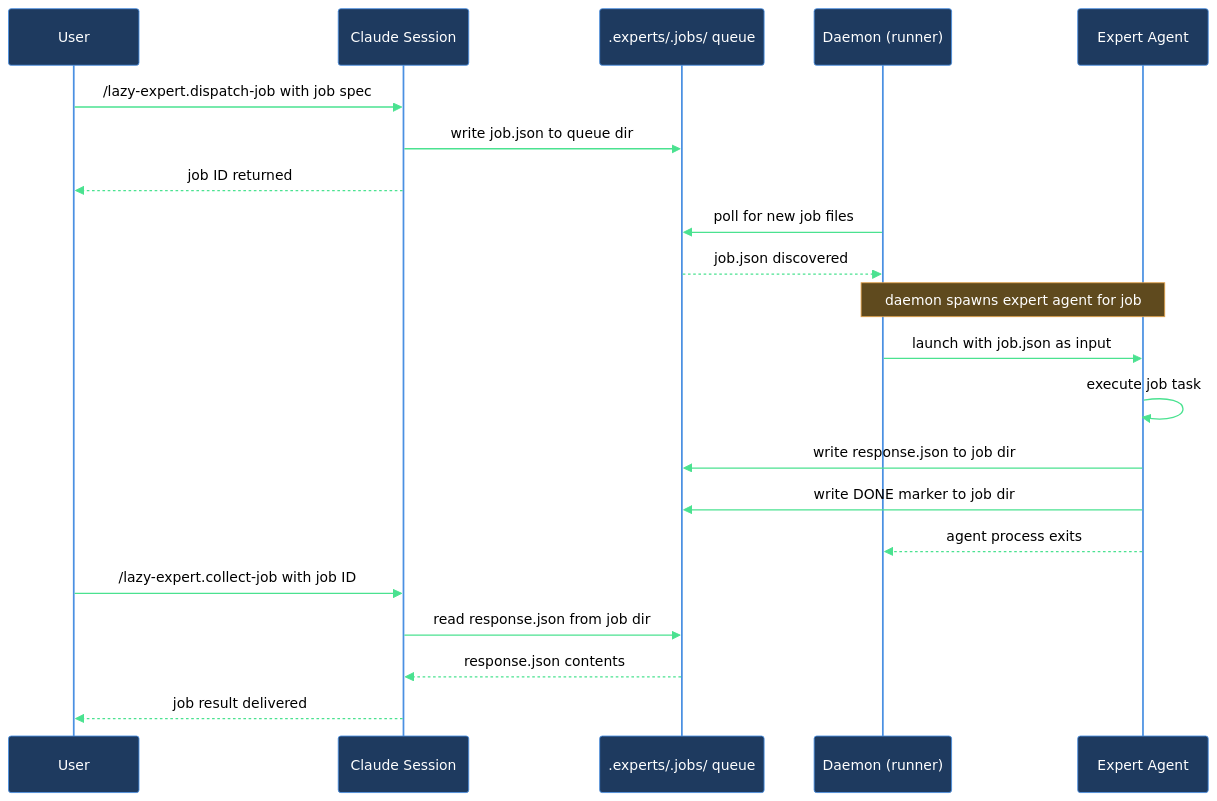
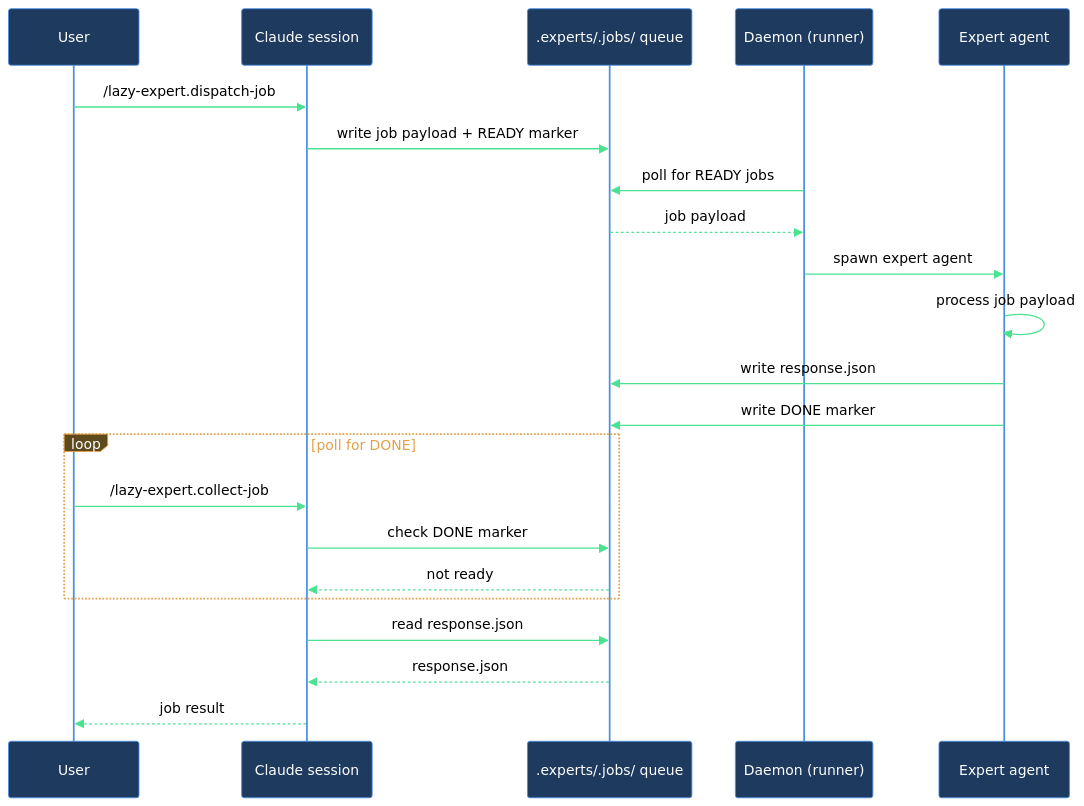
The diagram in claude/lazycortex-core/help/walkthroughs/setup-expert.md (mebius-san/lazy-cortex), drawn with Mermaid before and after one commit. The commit also changed other lines of this file and 24 other files, not shown here.

````diff
--- a/claude/lazycortex-core/help/walkthroughs/setup-expert.md
+++ b/claude/lazycortex-core/help/walkthroughs/setup-expert.md
@@ -152,28 +152,26 @@
 ```mermaid
 %%{init: {'themeVariables':{'background':'transparent','primaryColor':'#1e3a5f','primaryBorderColor':'#4a90e2','primaryTextColor':'#fff','lineColor':'#4ae290','actorBkg':'#1e3a5f','actorBorder':'#4a90e2','actorTextColor':'#fff','actorLineColor':'#4a90e2','signalColor':'#4ae290','signalTextColor':'#000','noteBkgColor':'#5f4a1e','noteBorderColor':'#e2a14a','noteTextColor':'#fff','labelBoxBkgColor':'#5f4a1e','labelBoxBorderColor':'#e2a14a','labelTextColor':'#fff','loopTextColor':'#e2a14a'},'sequence':{'diagramPadding':5,'useMaxWidth':true}}}%%
 sequenceDiagram
   participant user as User
-  participant claudeSession as Claude Session
-  participant jobsQueue as .experts/.jobs/ queue
+  participant session as Claude session
+  participant queue as .experts/.jobs/ queue
   participant daemon as Daemon (runner)
-  participant expertAgent as Expert Agent
+  participant expert as Expert agent
 
-  user->>claudeSession: /lazy-expert.dispatch-job with job spec
-  claudeSession->>jobsQueue: write job.json to queue dir
-  claudeSession-->>user: job ID returned
-
-  daemon->>jobsQueue: poll for new job files
-  jobsQueue-->>daemon: job.json discovered
-  Note over daemon,expertAgent: daemon spawns expert agent for job
-  daemon->>expertAgent: launch with job.json as input
-
-  expertAgent->>expertAgent: execute job task
-  expertAgent->>jobsQueue: write response.json to job dir
-  expertAgent->>jobsQueue: write DONE marker to job dir
-  expertAgent-->>daemon: agent process exits
-
-  user->>claudeSession: /lazy-expert.collect-job with job ID
-  claudeSession->>jobsQueue: read response.json from job dir
-  jobsQueue-->>claudeSession: response.json contents
-  claudeSession-->>user: job result delivered
+  user->>session: /lazy-expert.dispatch-job
+  session->>queue: write job payload + READY marker
+  daemon->>queue: poll for READY jobs
+  queue-->>daemon: job payload
+  daemon->>expert: spawn expert agent
+  expert->>expert: process job payload
+  expert->>queue: write response.json
+  expert->>queue: write DONE marker
+  loop poll for DONE
+    user->>session: /lazy-expert.collect-job
+    session->>queue: check DONE marker
+    queue-->>session: not ready
+  end
+  session->>queue: read response.json
+  queue-->>session: response.json
+  session-->>user: job result
 ```
````
